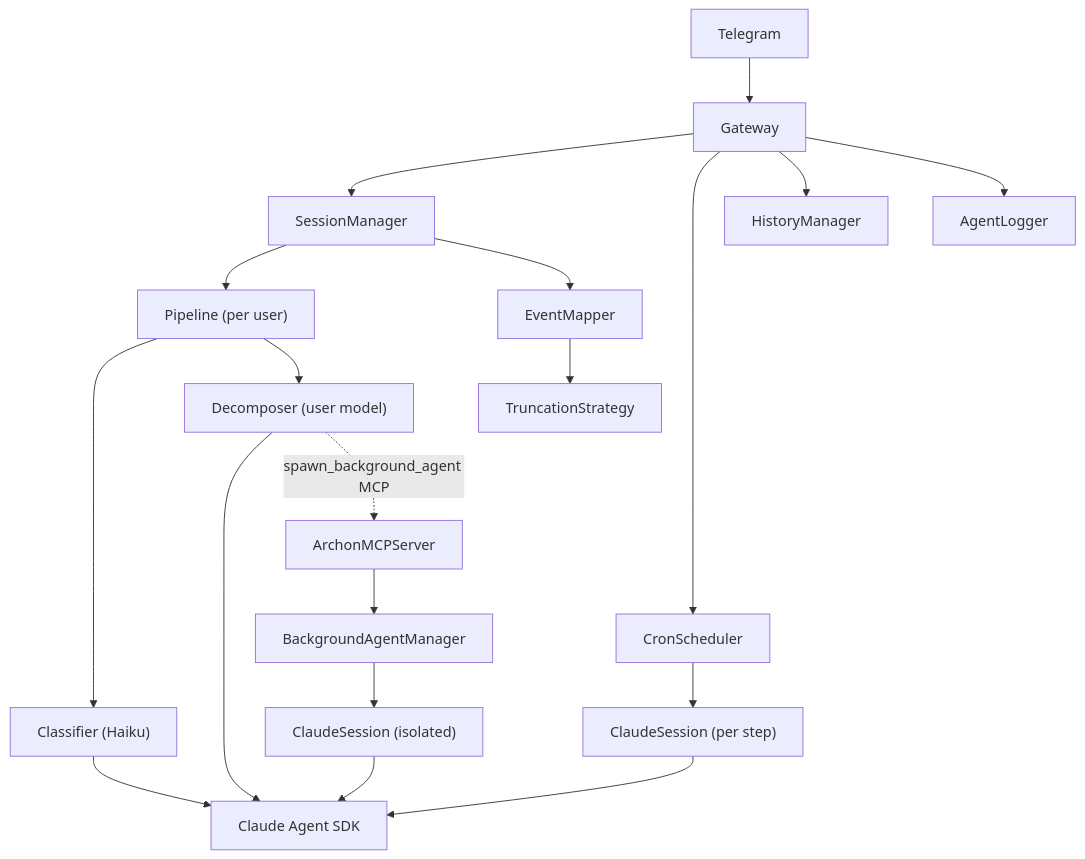
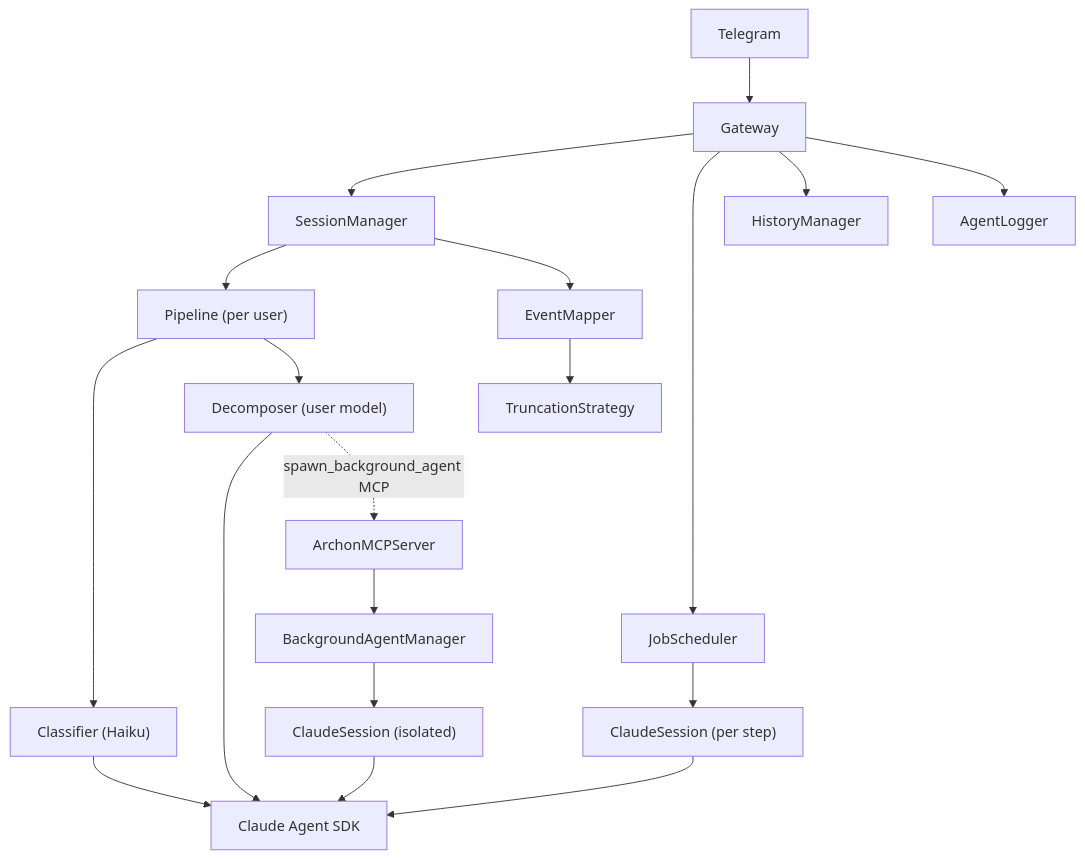
The diagram in README.md (user538295/archon-assistant), drawn with Mermaid before and after one commit. The commit also changed other lines of this file and 40 other files, not shown here.

````diff
--- a/README.md
+++ b/README.md
@@ -159,21 +159,21 @@
 ```mermaid
 flowchart TD
     TG[Telegram] --> GW[Gateway]
     GW --> SM[SessionManager]
     SM --> PL["Pipeline (per user)"]
     PL --> CLF["Classifier (Haiku)"]
     PL --> DEC["Decomposer (user model)"]
     CLF --> SDK[Claude Agent SDK]
     DEC --> SDK
     SM --> EM[EventMapper]
     EM --> TS[TruncationStrategy]
     DEC -.->|spawn_background_agent MCP| AMCP[ArchonMCPServer]
     AMCP --> BAM[BackgroundAgentManager]
     BAM --> CSI["ClaudeSession (isolated)"]
     CSI --> SDK
-    GW --> CRON[CronScheduler]
-    CRON --> CSC["ClaudeSession (per step)"]
+    GW --> JSCHED[JobScheduler]
+    JSCHED --> CSC["ClaudeSession (per step)"]
     CSC --> SDK
     GW --> HM[HistoryManager]
     GW --> AL[AgentLogger]
 ```
````
